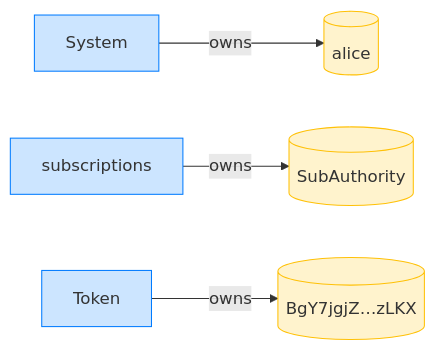
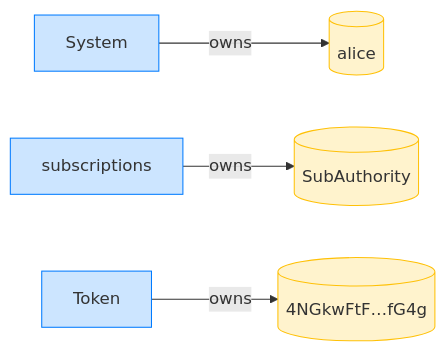
One commit to cds-rs/subscriptions changed the fourth of 28 diagrams in dsl_tests/a-sponsor-can-revoke-against-a-recreated-ghost-plan.md. Above: the diagram before and after it, drawn with Mermaid. The commit also changed other lines of this file and 224 other files, not shown here.

````diff
--- a/dsl_tests/a-sponsor-can-revoke-against-a-recreated-ghost-plan.md
+++ b/dsl_tests/a-sponsor-can-revoke-against-a-recreated-ghost-plan.md
@@ -73,14 +78,14 @@
 ```mermaid
 flowchart LR
     classDef owner fill:#cce5ff,stroke:#007bff;
     classDef account fill:#fff3cd,stroke:#ffc107;
     System[System]:::owner
     alice[(alice)]:::account
     subscriptions[subscriptions]:::owner
     SubAuthority[(SubAuthority)]:::account
     Token[Token]:::owner
-    BgY7jgjZ_zLKX[("BgY7jgjZ…zLKX")]:::account
+    4NGkwFtF_fG4g[("4NGkwFtF…fG4g")]:::account
     System -->|owns| alice
     subscriptions -->|owns| SubAuthority
-    Token -->|owns| BgY7jgjZ_zLKX
+    Token -->|owns| 4NGkwFtF_fG4g
 ```
````
